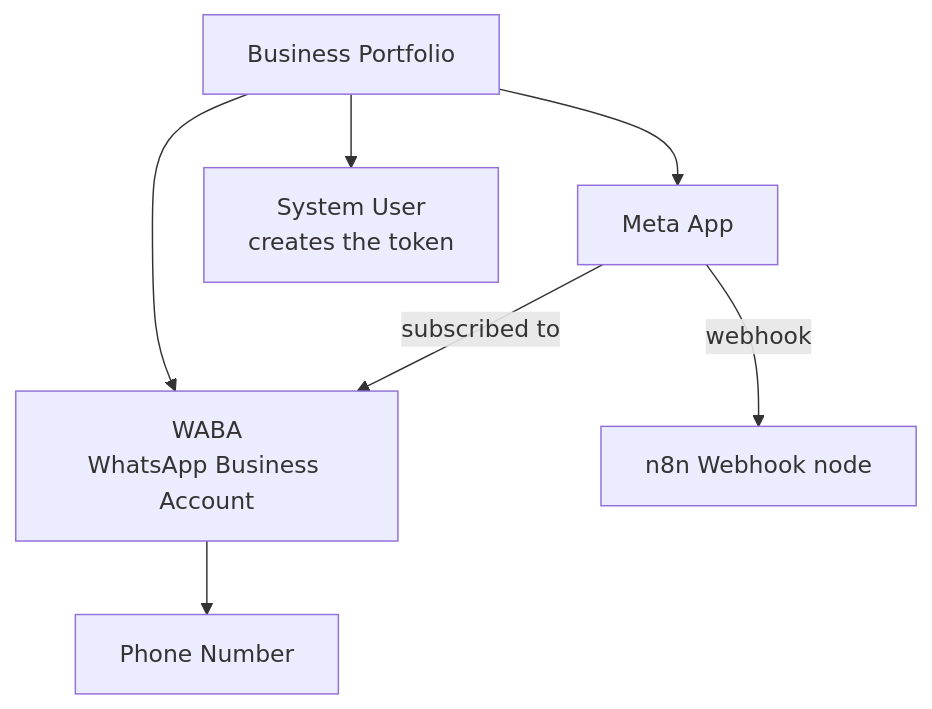
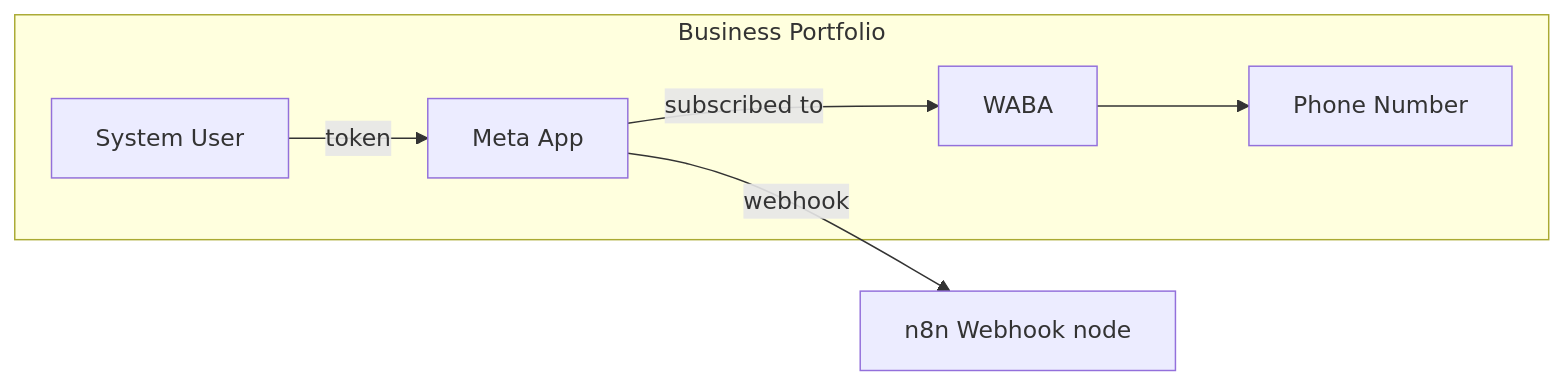
Before and after one commit to pixtaha/whatsapp-n8n-guide: the diagram in README.md, drawn with Mermaid.

````diff
--- a/README.md
+++ b/README.md
@@ -9,9 +9,9 @@
 ```mermaid
-flowchart TD
-  BP[Business Portfolio] --> WABA[WABA<br/>WhatsApp Business Account]
-  WABA --> PN[Phone Number]
-  BP --> APP[Meta App]
-  BP --> SU[System User<br/>creates the token]
-  APP -- subscribed to --> WABA
-  APP -- webhook --> N8N[n8n Webhook node]
+flowchart LR
+  subgraph BP[Business Portfolio]
+    SU[System User] -->|token| APP[Meta App]
+    APP -->|subscribed to| WABA[WABA]
+    WABA --> PN[Phone Number]
+  end
+  APP -->|webhook| N8N[n8n Webhook node]
 ```
````
